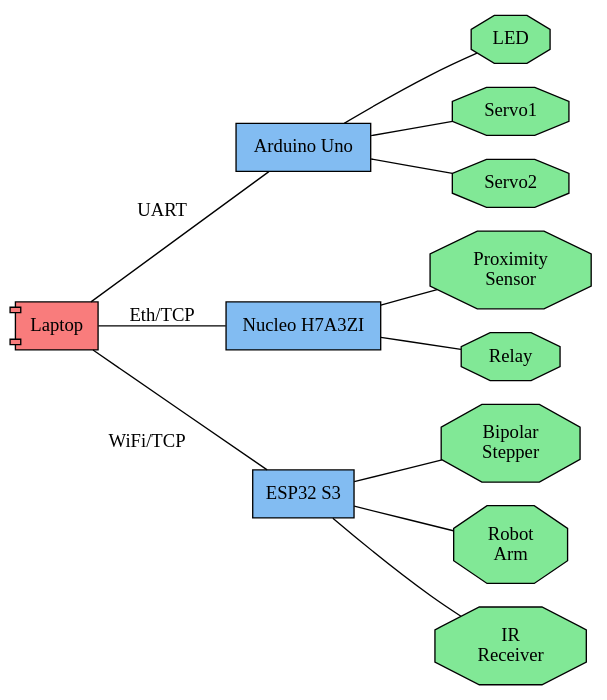
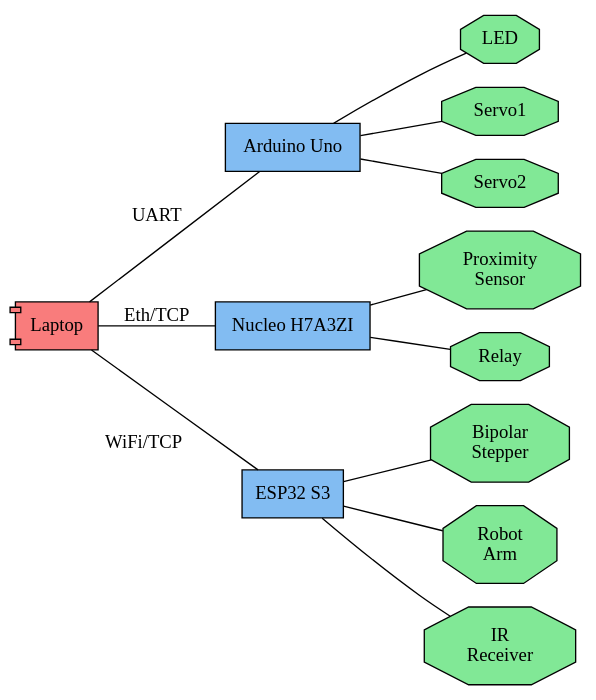
One commit to ProxyOS/documentation changed the second of 2 diagrams in source/goals.rst. Above: the diagram before and after it, drawn with Graphviz. The commit also changed other lines of this file, not shown here.

Commit message:
theme: fix graph edge font

```diff
--- a/source/goals.rst
+++ b/source/goals.rst
@@ -53,43 +54,44 @@
 .. graphviz::
   :align: center
 
   graph abstract {
     rankdir="LR"
     node [ fontname="Lucida Grande" ]
+    edge [ fontname="Lucida Grande" ]
 
     subgraph Computer {
       rank=same
       node [ shape=component, style=filled, fillcolor="#f97c7c" ]
       pc [label="Laptop"]
     }
 
     subgraph Gateway {
       rank=same
       node [ shape=box, style=filled, fillcolor="#82bcf2" ]
       g1 [label="Arduino Uno"]
       gx [label="Nucleo H7A3ZI"]
       gn [label="ESP32 S3"]
     }
 
     subgraph Peripheral {
       rank=same
       node [ shape=octagon, style=filled, fillcolor="#81e896" ]
 
       p1   [label="LED"]
       p2   [label="Servo1"]
       p3   [label="Servo2"]
       p4   [label="Proximity\nSensor"]
       p5   [label="Relay"]
       px   [label="Bipolar\nStepper"]
       pn_1 [label="Robot\nArm"]
       pn   [label="IR\nReceiver"]
     }
 
     pc -- g1 [label="UART"]
     pc -- gx [label="Eth/TCP"]
     pc -- gn [taillabel="WiFi/TCP", labeldistance=8]
 
     g1 -- { p1 p2 p3 }
     gx -- { p4 p5 }
     gn -- { px pn_1 pn }
   }
```
